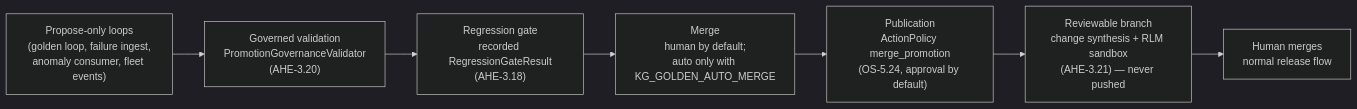
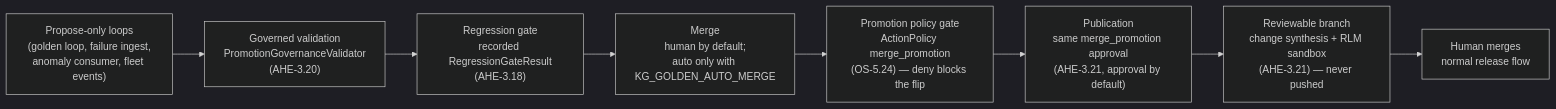
Before and after one commit to Knuckles-Team/agent-utilities: the diagram in docs/guides/autonomous-evolution.md, drawn with Mermaid (dark theme). The commit also changed other lines of this file and 10 other files, not shown here.

Commit message:
feat: dispatch_workflow ontology gate + GovernedAutoMerger ActionPolicy adoption (wip protective commit)

````diff
--- a/docs/guides/autonomous-evolution.md
+++ b/docs/guides/autonomous-evolution.md
@@ -18,9 +18,10 @@
 ```mermaid
 flowchart LR
     A["Propose-only loops<br/>(golden loop, failure ingest,<br/>anomaly consumer, fleet events)"] --> B["Governed validation<br/>PromotionGovernanceValidator<br/>(AHE-3.20)"]
     B --> C["Regression gate<br/>recorded RegressionGateResult<br/>(AHE-3.18)"]
     C --> D["Merge<br/>human by default;<br/>auto only with KG_GOLDEN_AUTO_MERGE"]
-    D --> E["Publication<br/>ActionPolicy merge_promotion<br/>(OS-5.24, approval by default)"]
-    E --> F["Reviewable branch<br/>change synthesis + RLM sandbox<br/>(AHE-3.21) — never pushed"]
-    F --> G["Human merges<br/>normal release flow"]
+    D --> E["Promotion policy gate<br/>ActionPolicy merge_promotion<br/>(OS-5.24) — deny blocks the flip"]
+    E --> F["Publication<br/>same merge_promotion approval<br/>(AHE-3.21, approval by default)"]
+    F --> G["Reviewable branch<br/>change synthesis + RLM sandbox<br/>(AHE-3.21) — never pushed"]
+    G --> H["Human merges<br/>normal release flow"]
 ```
````
